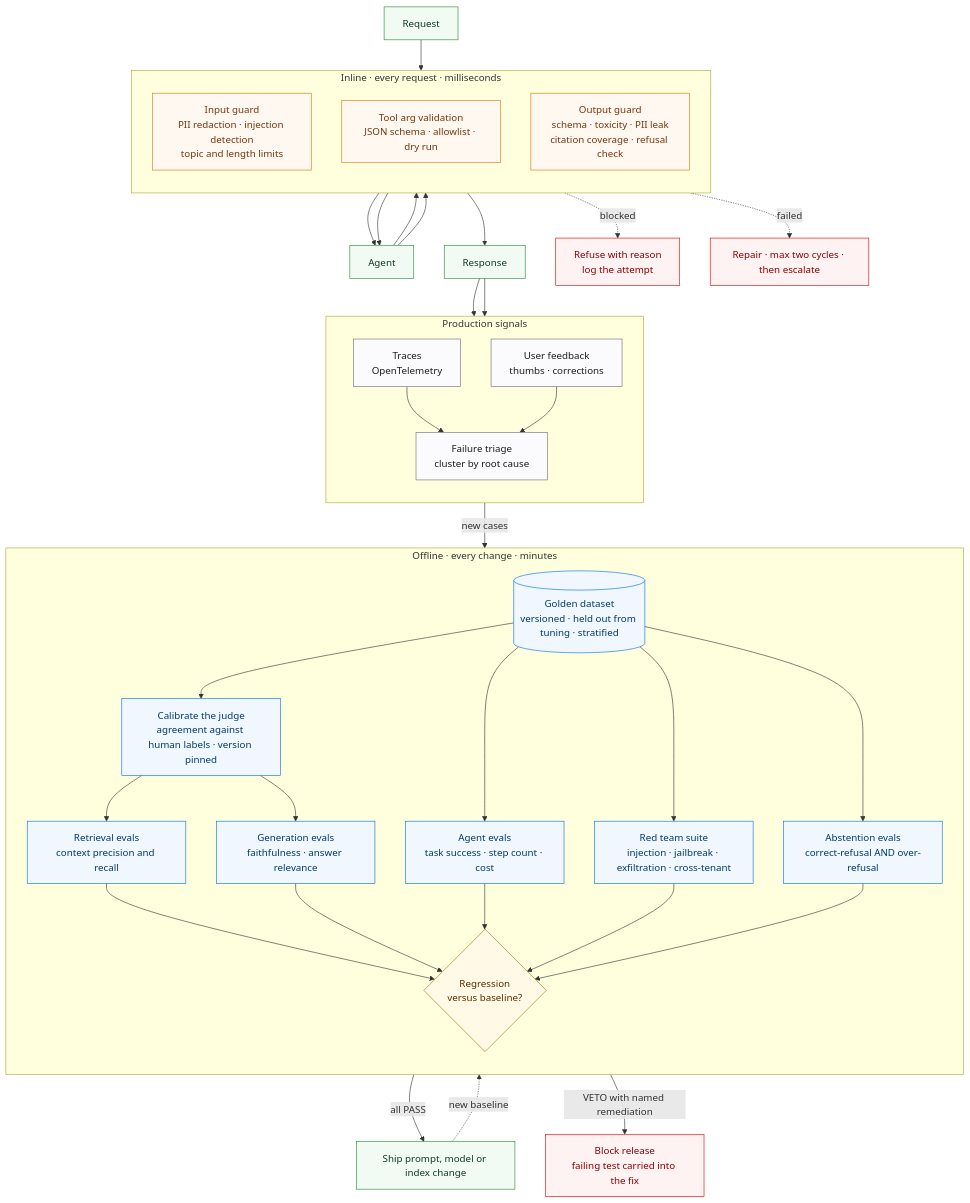
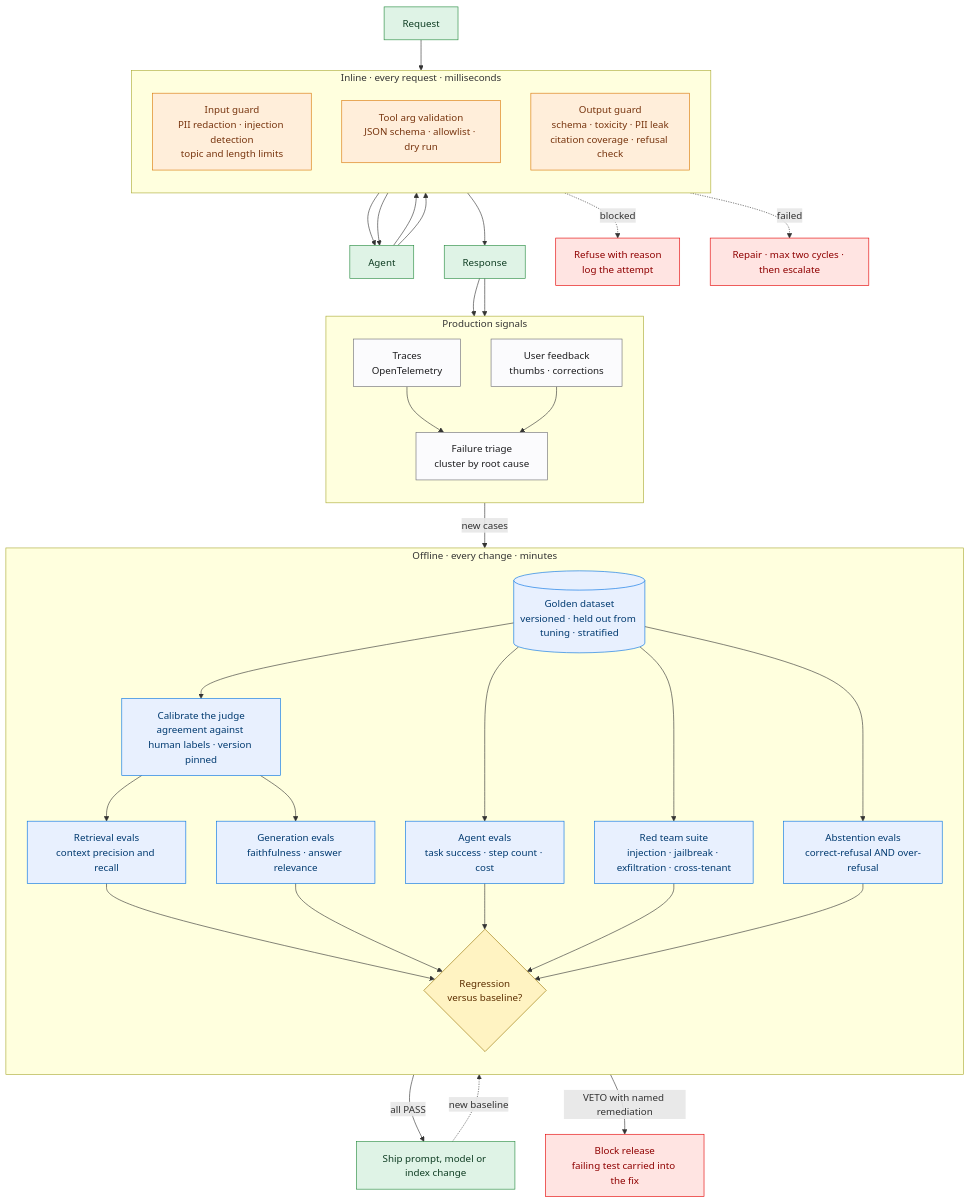
Before and after one commit to mlvpatel/open-weight-agent-stack: the tenth of 18 diagrams in MANUAL.md, drawn with Mermaid. The commit also changed other lines of this file and 36 other files, not shown here.

First line of the commit message:
feat: render diagrams on Pages, richer palette

````diff
--- a/MANUAL.md
+++ b/MANUAL.md
@@ -868,70 +868,70 @@
 ```mermaid
 flowchart TB
     subgraph INLINE["Inline · every request · milliseconds"]
         direction TB
         G1["Input guard<br/>PII redaction · injection detection<br/>topic and length limits"]
         G2["Tool arg validation<br/>JSON schema · allowlist · dry run"]
         G3["Output guard<br/>schema · toxicity · PII leak<br/>citation coverage · refusal check"]
     end
 
     subgraph OFFLINE["Offline · every change · minutes"]
         direction TB
         E1[("Golden dataset<br/>versioned · held out from tuning · stratified")]
         EJ["Calibrate the judge<br/>agreement against human labels · version pinned"]
         E2["Retrieval evals<br/>context precision and recall"]
         E3["Generation evals<br/>faithfulness · answer relevance"]
         E4["Agent evals<br/>task success · step count · cost"]
         E5["Red team suite<br/>injection · jailbreak · exfiltration · cross-tenant"]
         E7["Abstention evals<br/>correct-refusal AND over-refusal"]
         E6{"Regression<br/>versus baseline?"}
     end
 
     subgraph PROD["Production signals"]
         direction TB
         S1["Traces<br/>OpenTelemetry"]
         S2["User feedback<br/>thumbs · corrections"]
         S3["Failure triage<br/>cluster by root cause"]
     end
 
     REQ["Request"] --> G1 --> AGENT["Agent"] --> G2
     G2 --> AGENT
     AGENT --> G3 --> RESP["Response"]
 
     G1 -.->|blocked| BLOCK["Refuse with reason<br/>log the attempt"]
     G3 -.->|failed| RETRY["Repair · max two cycles · then escalate"]
 
     RESP --> S1
     RESP --> S2
     S1 --> S3
     S2 --> S3
     S3 -->|new cases| E1
 
     E1 --> EJ
     EJ --> E2
     EJ --> E3
     E1 --> E4
     E1 --> E5
     E1 --> E7
     E2 --> E6
     E3 --> E6
     E4 --> E6
     E5 --> E6
     E7 --> E6
     E6 -->|all PASS| SHIP["Ship prompt, model or index change"]
     E6 -->|VETO with named remediation| FIX["Block release<br/>failing test carried into the fix"]
     SHIP -.->|new baseline| E1
 
-    classDef guard fill:#fff8f0,stroke:#d97706,color:#78350f
-    classDef eval fill:#f0f7ff,stroke:#0071e3,color:#003a70
+    classDef guard fill:#ffeeda,stroke:#d97706,color:#78350f
+    classDef eval fill:#e8f0fe,stroke:#0071e3,color:#003a70
     classDef sig fill:#fbfbfd,stroke:#6e6e73,color:#1d1d1f
-    classDef decision fill:#fff9e6,stroke:#997404,color:#5c2e00
-    classDef bad fill:#fff2f2,stroke:#e30000,color:#8f0000
-    classDef good fill:#f2faf4,stroke:#248a3d,color:#0f3d23
+    classDef decision fill:#fff3c2,stroke:#997404,color:#5c2e00
+    classDef bad fill:#ffe4e2,stroke:#e30000,color:#8f0000
+    classDef good fill:#dff3e6,stroke:#248a3d,color:#0f3d23
 
     class G1,G2,G3 guard
     class E1,E2,E3,E4,E5,E7,EJ eval
     class S1,S2,S3 sig
     class E6 decision
     class BLOCK,RETRY,FIX bad
     class SHIP,RESP,REQ,AGENT good
 ```
````
